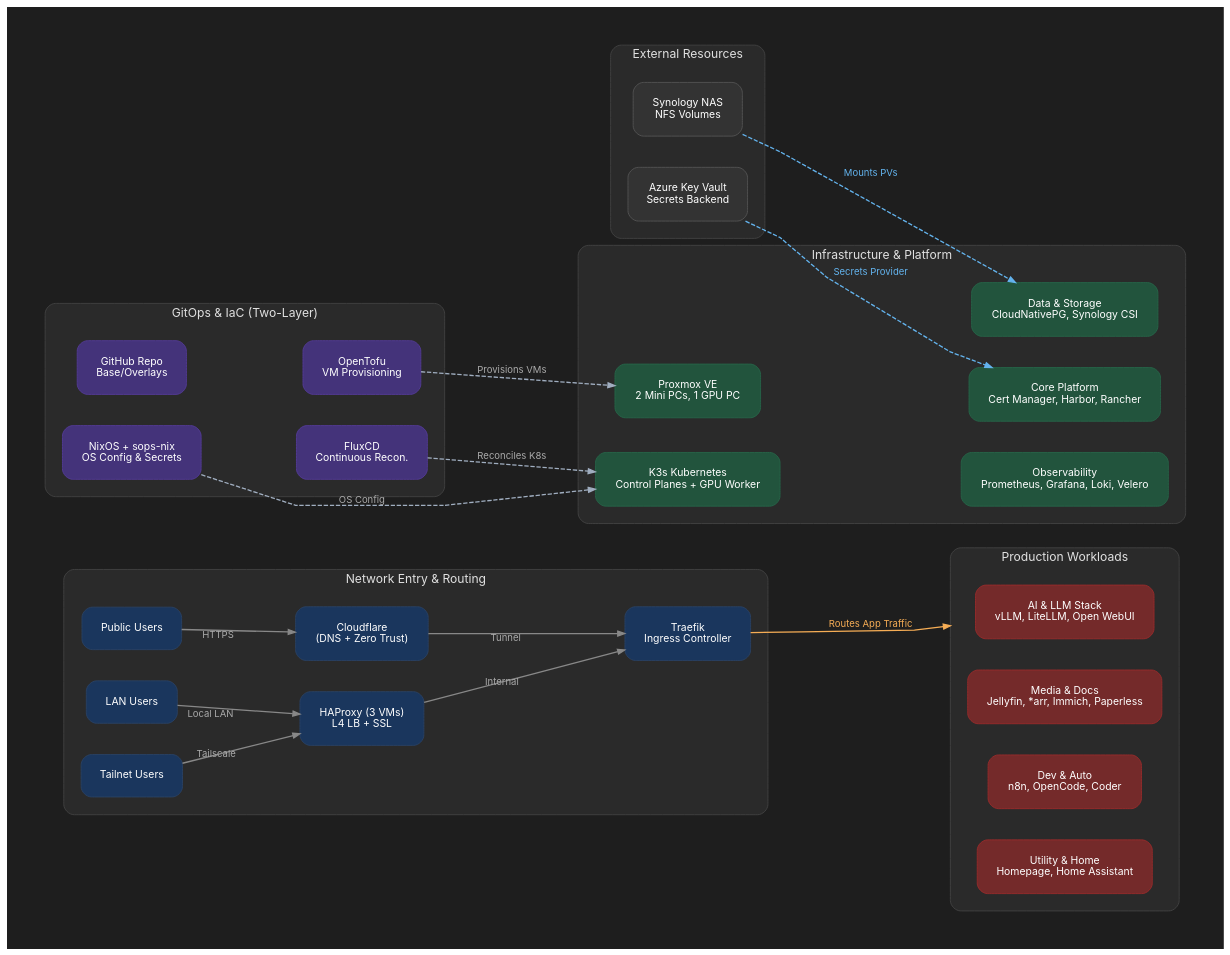
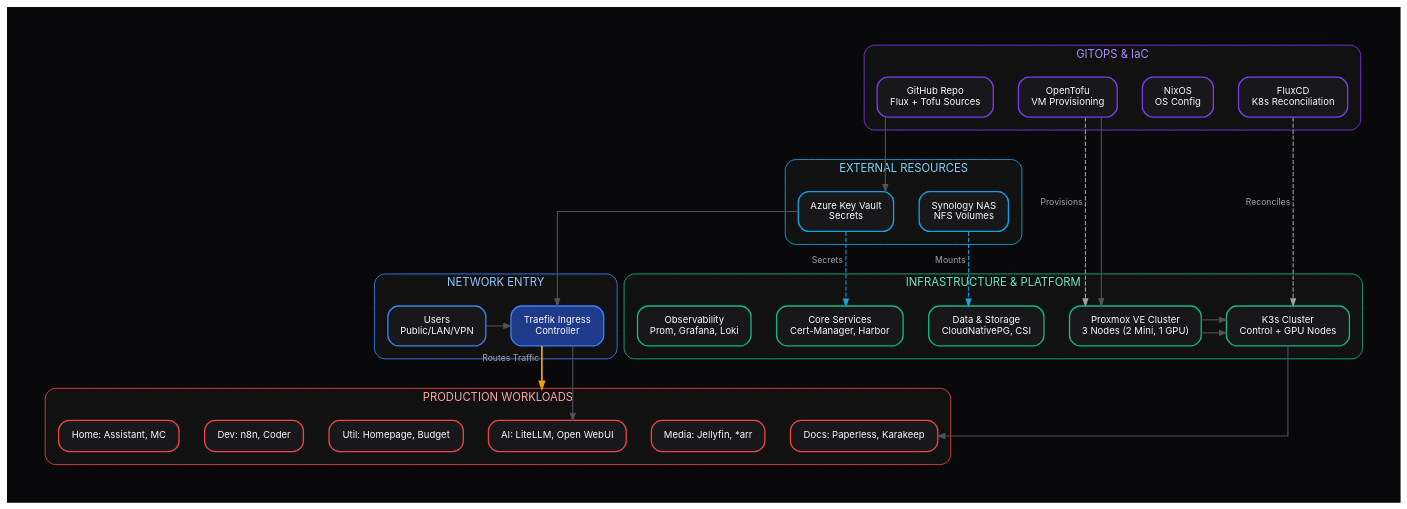
The diagram in docs/homelab-diagram.dot (leehosanganson/homelab), drawn with Graphviz before and after one commit. The commit also changed 1 other file, not shown here.

```diff
--- a/docs/homelab-diagram.dot
+++ b/docs/homelab-diagram.dot
@@ -1,156 +1,133 @@
-digraph Homelab {
-    // Global Graph Settings
+digraph Homelab_Pro {
+    // Global Settings for a "System Blueprint" Aesthetic
     graph [
-        rankdir=LR, 
+        rankdir=TB, 
         compound=true, 
-        splines=polyline, 
+        splines=ortho, 
         pad=0.5,            
-        nodesep=0.5,        // Slightly increased to let nodes breathe
-        ranksep=1.5,        // Pulls the left and right columns closer together
+        nodesep=0.4,        
+        ranksep=1.2,        
         fontname="Inter, Helvetica, sans-serif", 
         fontsize=16,        
-        bgcolor="#1E1E1E"
+        bgcolor="#09090B"
     ];
 
-    // Global Node Defaults (Made slightly "chunkier" to fill space)
+    // Global Node Defaults 
     node [
         shape=box, 
         style="rounded,filled", 
-        fillcolor="#333333", 
-        color="#555555", 
-        fontcolor="#FFFFFF", 
+        fillcolor="#18181B",
+        color="#3F3F46",
+        fontcolor="#FAFAFA", 
         fontname="Inter, Helvetica, sans-serif", 
-        fontsize=12,        
-        margin="0.3,0.25"   // Increased margin to make buttons look fuller
+        fontsize=11,        
+        margin="0.2,0.15",
+        penwidth=1.5
     ];
     
     // Global Edge Defaults
     edge [
-        color="#888888", 
-        fontcolor="#AAAAAA", 
+        color="#52525B", 
+        fontcolor="#A1A1AA", 
         fontname="Inter, Helvetica, sans-serif", 
-        fontsize=11,        
-        penwidth=1.5, 
+        fontsize=10,        
+        penwidth=1.2, 
         arrowsize=0.8
     ];
 
-    // ==========================================
-    // CLUSTER 1: GitOps & IaC
-    // ==========================================
+
     subgraph cluster_gitops {
-        label="GitOps & IaC (Two-Layer)";
-        style="rounded,filled"; fillcolor="#2A2A2A"; color="#444444"; fontcolor="#E0E0E0"; 
-        fontsize=14; 
-        margin=20; // Increased to fill out the box
-        node [fillcolor="#44337A", color="#553C9A"]; 
+        label="GITOPS & IaC";
+        style="rounded,filled"; fillcolor="#111111"; color="#7C3AED"; fontcolor="#A78BFA"; 
+        fontsize=13; margin=15; 
+        node [color="#7C3AED"]; 
 
-        github [label="GitHub Repo\nBase/Overlays"];
-        nixos [label="NixOS + sops-nix\nOS Config & Secrets"];
-        opentofu [label="OpenTofu\nVM Provisioning"];
-        fluxcd [label="FluxCD\nContinuous Recon."];
+        github [label="GitHub Repo\nFlux + Tofu Sources"];
+        nixos  [label="NixOS\nOS Config"];
+        tofu   [label="OpenTofu\nVM Provisioning"];
+        flux   [label="FluxCD\nK8s Reconciliation"];
+    }
 
-        {rank=same; github; nixos;}
-        {rank=same; opentofu; fluxcd;}
-        github -> opentofu [style=invis];
+    subgraph cluster_external {
+        label="EXTERNAL RESOURCES";
+        style="rounded,filled"; fillcolor="#111111"; color="#0EA5E9"; fontcolor="#7DD3FC"; 
+        fontsize=13; margin=15;
+        node [color="#0EA5E9"];
+        
+        azure_kv [label="Azure Key Vault\nSecrets"];
+        syn_nas  [label="Synology NAS\nNFS Volumes"];
+    }
+
+    subgraph cluster_network {
+        label="NETWORK ENTRY";
+        style="rounded,filled"; fillcolor="#111111"; color="#3B82F6"; fontcolor="#93C5FD"; 
+        fontsize=13; margin=15;
+        node [color="#3B82F6"];
+
+        users    [label="Users\nPublic/LAN/VPN"];
+        ingress  [label="Traefik Ingress\nController", fillcolor="#1E3A8A"];
+        
+        {rank=same; users; ingress;}
+        users -> ingress;
+    }
+
+    subgraph cluster_infra {
+        label="INFRASTRUCTURE & PLATFORM";
+        style="rounded,filled"; fillcolor="#111111"; color="#10B981"; fontcolor="#6EE7B7"; 
+        fontsize=13; margin=15;
+        node [color="#10B981"];
+
+        proxmox [label="Proxmox VE Cluster\n3 Nodes (2 Mini, 1 GPU)"];
+        k3s     [label="K3s Cluster\nControl + GPU Nodes"];
+        platform [label="Core Services\nCert-Manager, Harbor"];
+        storage  [label="Data & Storage\nCloudNativePG, CSI"];
+        obs      [label="Observability\nProm, Grafana, Loki"];
+
+        {rank=same; proxmox; k3s; storage;}
+        proxmox -> k3s;
+        {rank=same; platform; obs;}
+    }
+
+    subgraph cluster_workloads {
+        label="PRODUCTION WORKLOADS";
+        style="rounded,filled"; fillcolor="#111111"; color="#EF4444"; fontcolor="#FCA5A1"; 
+        fontsize=13; margin=15;
+        node [color="#EF4444"];
+
+        ai_apps   [label="AI: LiteLLM, Open WebUI", color="#EF4444"];
+        media     [label="Media: Jellyfin, *arr", color="#EF4444"];
+        docs      [label="Docs: Paperless, Karakeep", color="#EF4444"];
+        utility   [label="Util: Homepage, Budget", color="#EF4444"];
+        dev       [label="Dev: n8n, Coder", color="#EF4444"];
+        home      [label="Home: Assistant, MC", color="#EF4444"];
+
+        {rank=same; ai_apps; media; docs;}
+        {rank=same; utility; dev; home;}
     }
 
     // ==========================================
-    // CLUSTER 2: External Resources (Moved to Left Side)
+    // SYSTEM WIRING (Horizontal "Blueprints")
     // ==========================================
-    subgraph cluster_external {
-        label="External Resources";
-        style="rounded,filled"; fillcolor="#2A2A2A"; color="#444444"; fontcolor="#E0E0E0"; 
-        fontsize=14; 
-        margin=20;
-        
-        {rank=same; azure_kv; synology_nas;} // Put them side-by-side to match the width of other clusters
-        
-        node [fillcolor="#005A9E", color="#004578"]; 
-        azure_kv [label="Azure Key Vault\nSecrets Backend"];
-        
-        node [fillcolor="#4A5568", color="#2D3748"]; 
-        synology_nas [label="Synology NAS\nNFS Volumes"];
-    }
+    
+    // Provisioning
+    tofu -> proxmox [xlabel=" Provisions ", style=dashed, color="#A1A1AA"];
+    flux -> k3s     [xlabel=" Reconciles ", style=dashed, color="#A1A1AA"];
+    
+    // Data & Secrets
+    azure_kv -> platform [xlabel=" Secrets ", style=dashed, color="#0EA5E9"];
+    syn_nas -> storage   [xlabel=" Mounts ", style=dashed, color="#0EA5E9"];
+
+    // Traffic Flow
+    ingress -> ai_apps [lhead=cluster_workloads, color="#F59E0B", penwidth=2, xlabel=" Routes Traffic "];
 
     // ==========================================
-    // CLUSTER 3: Network Entry & Routing
+    // HIDDEN ANCHORS (The secret to a 4:3 fit)
     // ==========================================
-    subgraph cluster_network {
-        label="Network Entry & Routing";
-        style="rounded,filled"; fillcolor="#2A2A2A"; color="#444444"; fontcolor="#E0E0E0"; 
-        fontsize=14; 
-        margin=20; 
-        node [fillcolor="#1A365D", color="#2A4365"]; 
+    // edge [style=invis];
+    // Centering
+    tofu -> proxmox -> k3s -> docs;
 
-        public_users [label="Public Users"];
-        lan_users [label="LAN Users"];
-        tailnet_users [label="Tailnet Users"];
-        
-        cloudflare [label="Cloudflare\n(DNS + Zero Trust)"];
-        haproxy [label="HAProxy (3 VMs)\nL4 LB + SSL"];
-        traefik [label="Traefik\nIngress Controller"];
+    // Left
+    github -> azure_kv -> ingress -> ai_apps;
 
-        public_users -> cloudflare [xlabel=" HTTPS"];
-        lan_users -> haproxy [xlabel=" Local LAN"];
-        tailnet_users -> haproxy [xlabel=" Tailscale"];
-        cloudflare -> traefik [xlabel=" Tunnel"];
-        haproxy -> traefik [xlabel=" Internal"];
-    }
-
-    // ==========================================
-    // CLUSTER 4: Infrastructure & Platform
-    // ==========================================
-    subgraph cluster_infra {
-        label="Infrastructure & Platform";
-        style="rounded,filled"; fillcolor="#2A2A2A"; color="#444444"; fontcolor="#E0E0E0"; 
-        fontsize=14; 
-        margin=20;
-        node [fillcolor="#22543D", color="#276749"]; 
-
-        proxmox [label="Proxmox VE\n2 Mini PCs, 1 GPU PC"];
-        k3s [label="K3s Kubernetes\nControl Planes + GPU Worker"];
-        
-        platform_svcs [label="Core Platform\nCert Manager, Harbor, Rancher"];
-        data_storage [label="Data & Storage\nCloudNativePG, Synology CSI"];
-        observability [label="Observability\nPrometheus, Grafana, Loki, Velero"];
-        
-        {rank=same; proxmox; k3s;}
-        {rank=same; platform_svcs; data_storage; observability;}
-        proxmox -> platform_svcs [style=invis]; 
-    }
-
-    // ==========================================
-    // CLUSTER 5: Production Workloads
-    // ==========================================
-    subgraph cluster_workloads {
-        label="Production Workloads";
-        style="rounded,filled"; fillcolor="#2A2A2A"; color="#444444"; fontcolor="#E0E0E0"; 
-        fontsize=14; 
-        margin=20;
-        node [fillcolor="#742A2A", color="#9B2C2C"]; 
-
-        ai_apps [label="AI & LLM Stack\nvLLM, LiteLLM, Open WebUI"];
-        media_apps [label="Media & Docs\nJellyfin, *arr, Immich, Paperless"];
-        auto_apps [label="Dev & Auto\nn8n, OpenCode, Coder"];
-        utility_apps [label="Utility & Home\nHomepage, Home Assistant"];
-    }
-
-    // ==========================================
-    // SYSTEM RELATIONSHIPS & FLOW
-    // ==========================================
-    
-    // Provisioning & Config Flow
-    opentofu -> proxmox [label=" Provisions VMs", style="dashed", color="#A0AEC0"];
-    fluxcd -> k3s [label=" Reconciles K8s", style="dashed", color="#A0AEC0"];
-    nixos -> k3s [label=" OS Config", style="dashed", color="#A0AEC0"];
-    
-    // External Integrations (Now flowing left-to-right perfectly)
-    azure_kv -> platform_svcs [label=" Secrets Provider", style="dashed", color="#63B3ED", fontcolor="#63B3ED"];
-    synology_nas -> data_storage [label=" Mounts PVs", style="dashed", color="#63B3ED", fontcolor="#63B3ED"];
-
-    // Application Traffic Flow
-    traefik -> ai_apps [lhead="cluster_workloads", label=" Routes App Traffic", color="#F6AD55", fontcolor="#F6AD55"];
-    
-    // Structural Anchor (Hidden) - Pulls top and bottom halves together
-    k3s -> ai_apps [style=invis];
 }
```
